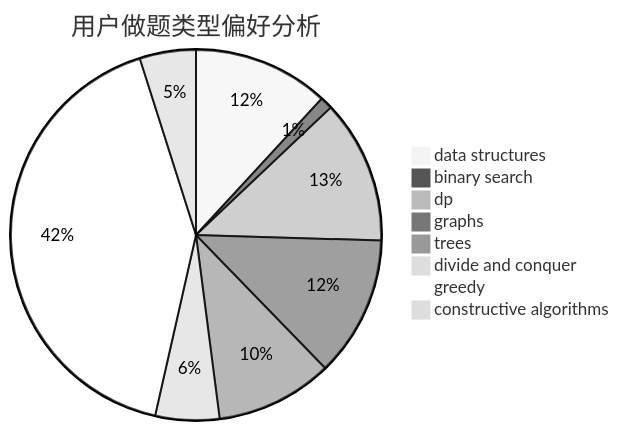
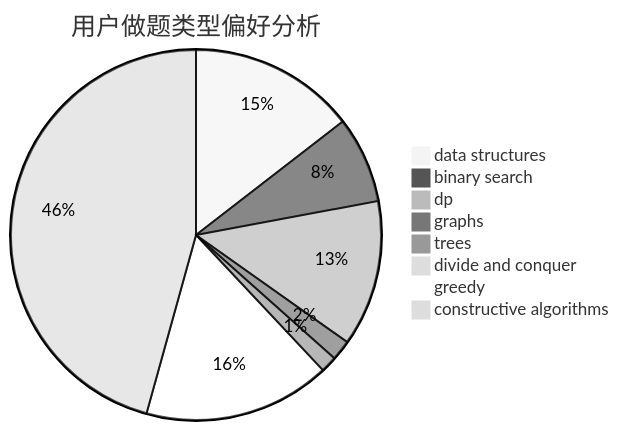
One commit to sherpahu/cfrs.github.io changed the second of 3 diagrams in docs/user/u873.md. Above: the diagram before and after it, drawn with Mermaid (neutral theme). The commit also changed other lines of this file and 2770 other files, not shown here.

````diff
--- a/docs/user/u873.md
+++ b/docs/user/u873.md
@@ -23,11 +23,11 @@
 ```mermaid
 pie title 用户做题类型偏好分析
-    "data structures" :  87
-    "binary search" :  8
-    "dp" :  92
-    "graphs" :  90
-    "trees" :  75
-    "divide and conquer" :  41
-    "greedy" :  305
-    "constructive algorithms" :  36
+    "data structures" :  204
+    "binary search" :  106
+    "dp" :  179
+    "graphs" :  25
+    "trees" :  20
+    "divide and conquer" :  0
+    "greedy" :  229
+    "constructive algorithms" :  642
 ```
````
